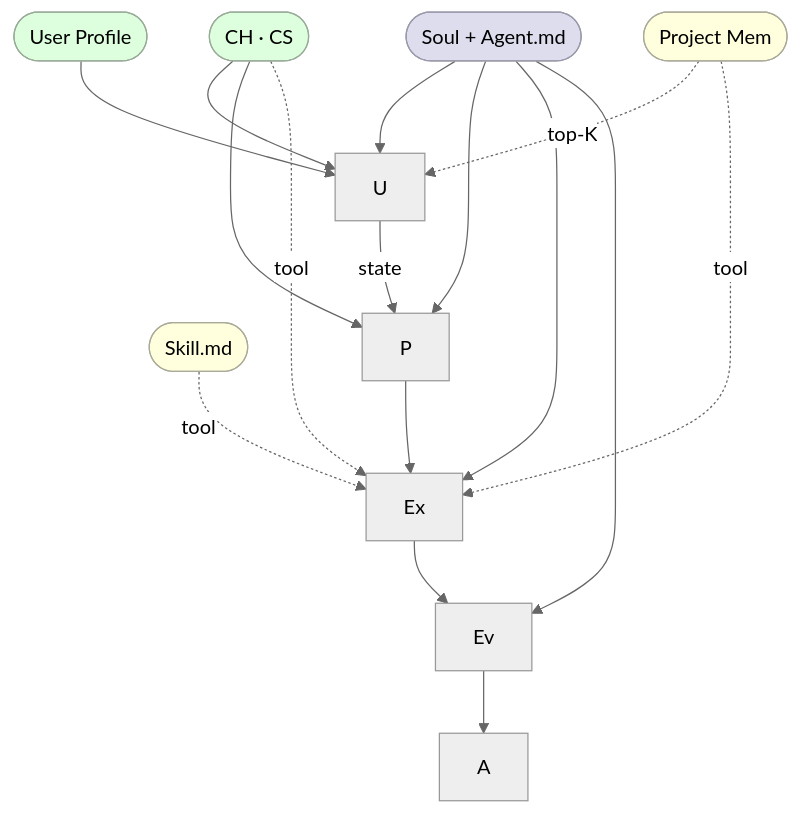
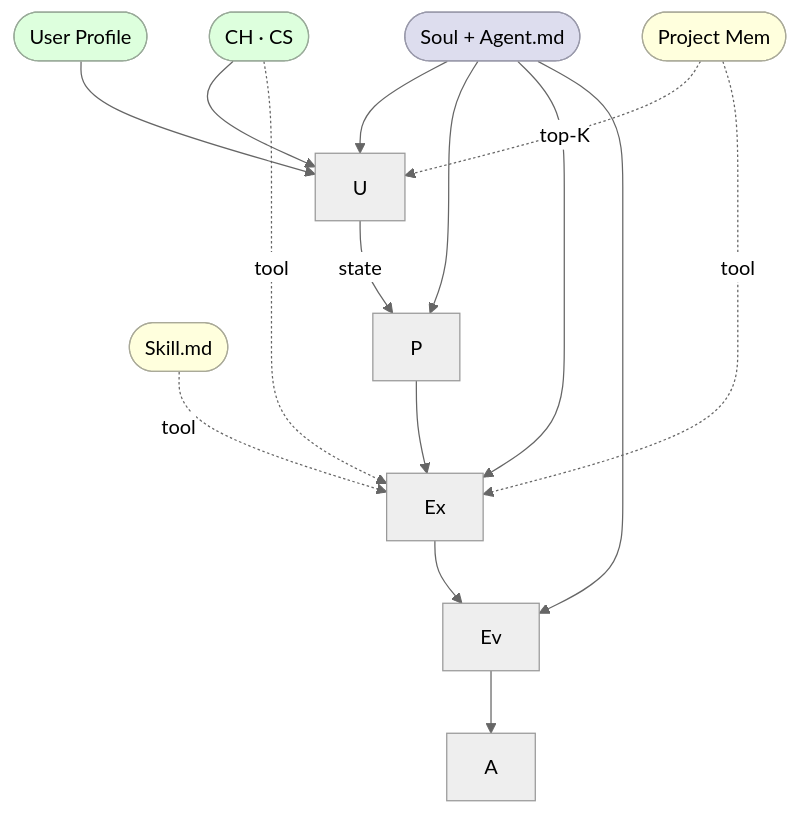
The fourth of 4 diagrams in memory_arch.md (wiedersehne/Ida-arch), drawn with Mermaid (neutral theme) before and after one commit. The commit also changed other lines of this file, not shown here.

````diff
--- a/memory_arch.md
+++ b/memory_arch.md
@@ -281,32 +281,31 @@
 ```mermaid
 flowchart TD
     soul(["Soul + Agent.md"])
     ep(["CH · CS"])
     up(["User Profile"])
     pm(["Project Mem"])
     sk(["Skill.md"])
 
     U["U"] -->|state| P["P"] --> Ex["Ex"] --> Ev["Ev"] --> A["A"]
 
     soul --> U
     soul --> P
     soul --> Ex
     soul --> Ev
 
     ep --> U
-    ep --> P
     ep -.->|tool| Ex
 
     up --> U
 
     pm -.->|top-K| U
     pm -.->|tool| Ex
 
     sk -.->|tool| Ex
 
     style soul fill:#dde,stroke:#99a
     style ep fill:#dfd,stroke:#9a9
     style up fill:#dfd,stroke:#9a9
     style pm fill:#ffd,stroke:#aa9
     style sk fill:#ffd,stroke:#aa9
 ```
````
